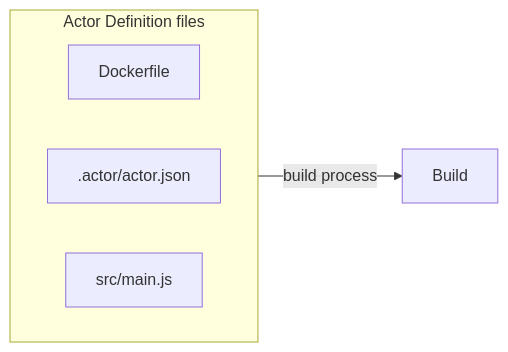
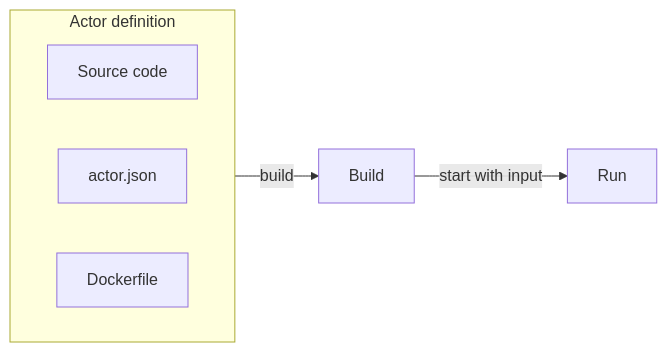
One commit to apify/apify-docs changed the diagram in sources/platform/actors/development/builds_and_runs/index.md. Above: the diagram before and after it, drawn with Mermaid. The commit also changed other lines of this file, not shown here.

Commit message:
docs: merge the build and run diagrams into one

````diff
--- a/sources/platform/actors/development/builds_and_runs/index.md
+++ b/sources/platform/actors/development/builds_and_runs/index.md
@@ -17,11 +13,16 @@
 ```mermaid
 flowchart LR
-    subgraph AD [Actor Definition files]
+    accTitle: From your Actor to a run
+    accDescr: The build process turns the Actor definition, made of source code, actor.json, and the Dockerfile, into a build. Starting the build with input creates a run.
+
+    subgraph actor [Actor definition]
+        %% LR stacks unlinked nodes vertically; TB would put them in a row
         direction LR
-        Dockerfile
-        .actor/actor.json
-        src/main.js
+        code[Source code]
+        json[actor.json]
+        docker[Dockerfile]
     end
 
-    AD -- "build process" --> Build
+    actor -- build --> build[Build]
+    build -- start with input --> run[Run]
 ```
````
